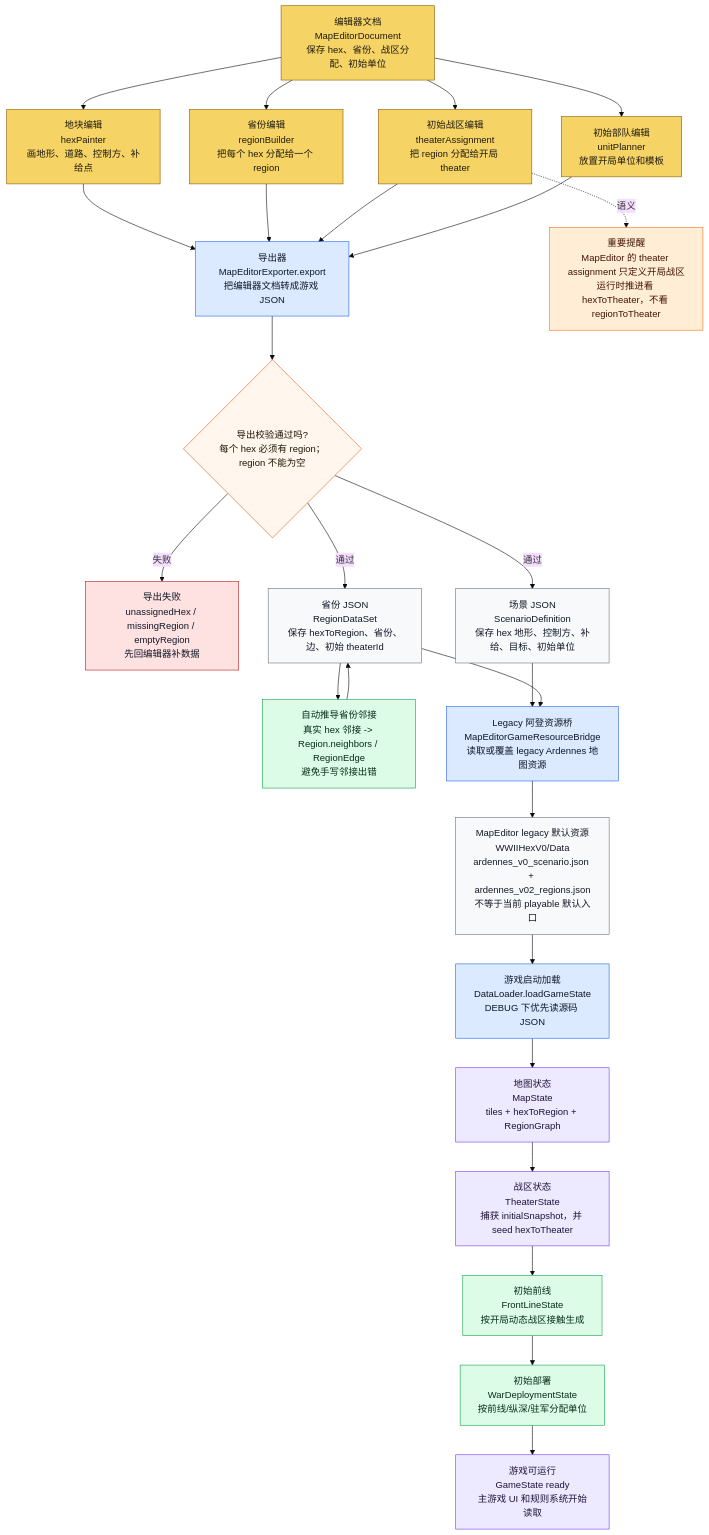
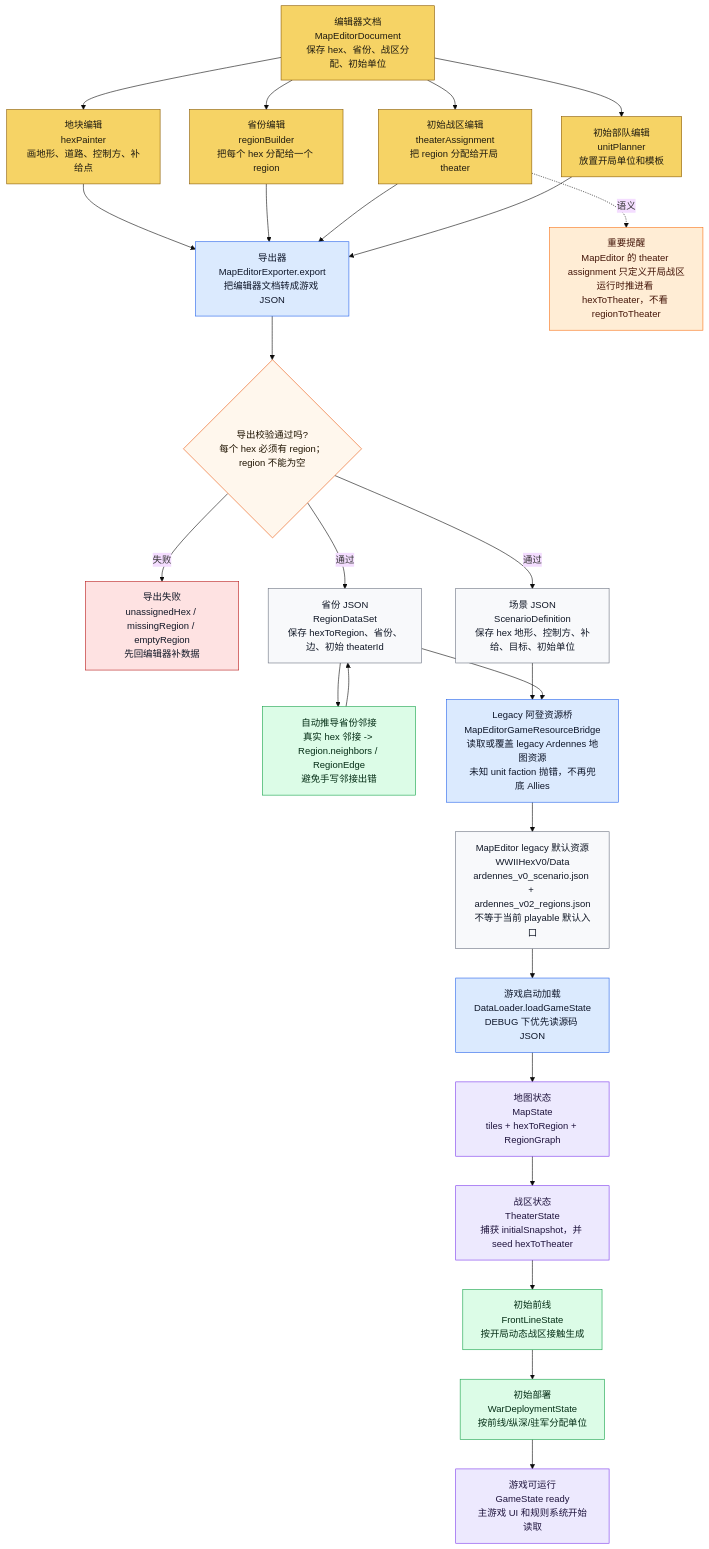
Before and after one commit to Altman-sam114/122: the sixth of 9 diagrams in md/flow/flowchart.md, drawn with Mermaid (base theme). The commit also changed other lines of this file and 9 other files, not shown here.

````diff
--- a/md/flow/flowchart.md
+++ b/md/flow/flowchart.md
@@ -342,48 +342,48 @@
 ```mermaid
 flowchart TD
     DOC["编辑器文档<br/>MapEditorDocument<br/>保存 hex、省份、战区分配、初始单位"]:::editor
     MODE1["地块编辑<br/>hexPainter<br/>画地形、道路、控制方、补给点"]:::editor
     MODE2["省份编辑<br/>regionBuilder<br/>把每个 hex 分配给一个 region"]:::editor
     MODE3["初始战区编辑<br/>theaterAssignment<br/>把 region 分配给开局 theater"]:::editor
     MODE4["初始部队编辑<br/>unitPlanner<br/>放置开局单位和模板"]:::editor
     EXPORT["导出器<br/>MapEditorExporter.export<br/>把编辑器文档转成游戏 JSON"]:::loader
     CHECK{"导出校验通过吗?<br/>每个 hex 必须有 region；region 不能为空"}:::decision
     ERR["导出失败<br/>unassignedHex / missingRegion / emptyRegion<br/>先回编辑器补数据"]:::stop
     SCEN["场景 JSON<br/>ScenarioDefinition<br/>保存 hex 地形、控制方、补给、目标、初始单位"]:::data
     REG["省份 JSON<br/>RegionDataSet<br/>保存 hexToRegion、省份、边、初始 theaterId"]:::data
     NEI["自动推导省份邻接<br/>真实 hex 邻接 -> Region.neighbors / RegionEdge<br/>避免手写邻接出错"]:::derived
-    BRIDGE["Legacy 阿登资源桥<br/>MapEditorGameResourceBridge<br/>读取或覆盖 legacy Ardennes 地图资源"]:::loader
+    BRIDGE["Legacy 阿登资源桥<br/>MapEditorGameResourceBridge<br/>读取或覆盖 legacy Ardennes 地图资源<br/>未知 unit faction 抛错，不再兜底 Allies"]:::loader
     FILES["MapEditor legacy 默认资源<br/>WWIIHexV0/Data<br/>ardennes_v0_scenario.json + ardennes_v02_regions.json<br/>不等于当前 playable 默认入口"]:::data
     LOAD["游戏启动加载<br/>DataLoader.loadGameState<br/>DEBUG 下优先读源码 JSON"]:::loader
     MAP["地图状态<br/>MapState<br/>tiles + hexToRegion + RegionGraph"]:::state
     THEATER["战区状态<br/>TheaterState<br/>捕获 initialSnapshot，并 seed hexToTheater"]:::state
     FRONT["初始前线<br/>FrontLineState<br/>按开局动态战区接触生成"]:::derived
     DEPLOY["初始部署<br/>WarDeploymentState<br/>按前线/纵深/驻军分配单位"]:::derived
     GAME["游戏可运行<br/>GameState ready<br/>主游戏 UI 和规则系统开始读取"]:::state
 
     DOC --> MODE1 --> EXPORT
     DOC --> MODE2 --> EXPORT
     DOC --> MODE3 --> EXPORT
     DOC --> MODE4 --> EXPORT
     EXPORT --> CHECK
     CHECK -->|失败| ERR
     CHECK -->|通过| SCEN
     CHECK -->|通过| REG
     REG --> NEI --> REG
     SCEN --> BRIDGE
     REG --> BRIDGE
     BRIDGE --> FILES
     FILES --> LOAD --> MAP --> THEATER --> FRONT --> DEPLOY --> GAME
 
     NOTE["重要提醒<br/>MapEditor 的 theater assignment 只定义开局战区<br/>运行时推进看 hexToTheater，不看 regionToTheater"]:::warn
     MODE3 -.语义.-> NOTE
 
     classDef editor fill:#f6d365,stroke:#8a5a00,color:#1f1b10
     classDef loader fill:#dbeafe,stroke:#2563eb,color:#0f172a
     classDef decision fill:#fff7ed,stroke:#ea580c,color:#1f1300
     classDef stop fill:#fee2e2,stroke:#b91c1c,color:#111827
     classDef data fill:#f8f9fb,stroke:#6b7280,color:#111827
     classDef derived fill:#dcfce7,stroke:#16a34a,color:#052e16
     classDef state fill:#ede9fe,stroke:#7c3aed,color:#1f143d
     classDef warn fill:#ffedd5,stroke:#f97316,color:#431407
 ```
````
